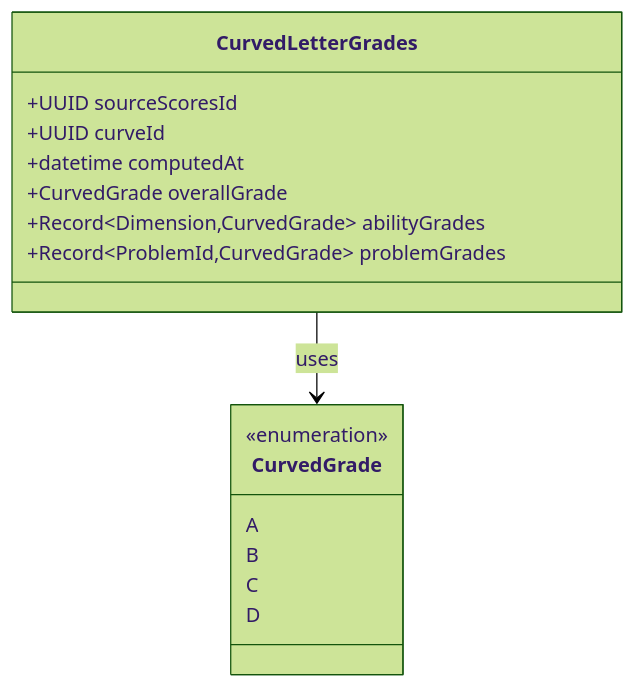
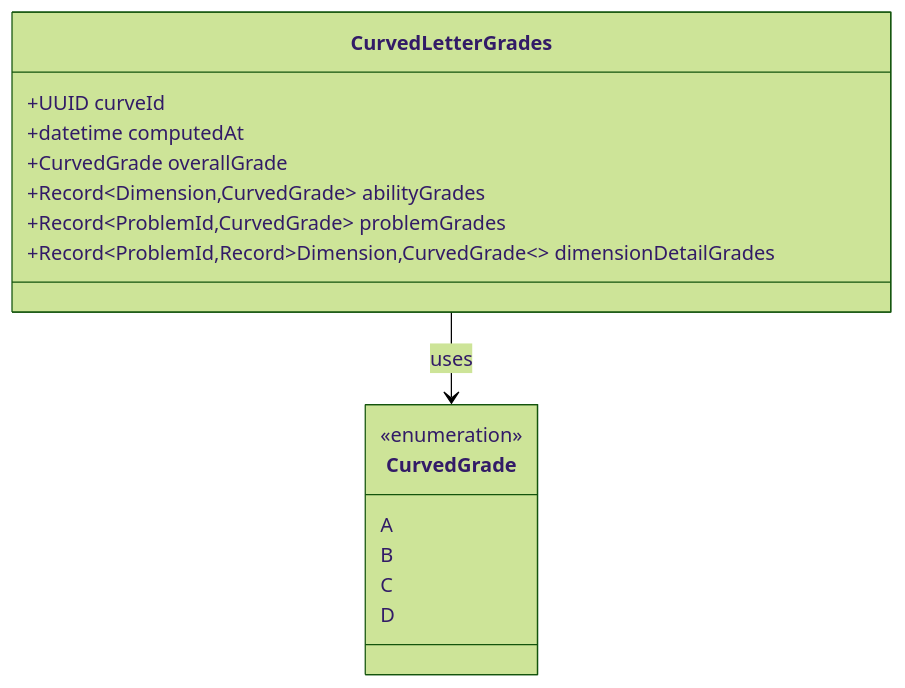
The eighth of 15 diagrams in score-post-llm-pipeline/schema-v1/pipeline-flow.md (paideia-ai/tech-doc-axiia), drawn with Mermaid (forest theme) before and after one commit. The commit also changed other lines of this file and 3 other files, not shown here.

Commit message:
schema-v1: align JSONScores and grade provenance

````diff
--- a/score-post-llm-pipeline/schema-v1/pipeline-flow.md
+++ b/score-post-llm-pipeline/schema-v1/pipeline-flow.md
@@ -298,21 +310,21 @@
 ```mermaid
 classDiagram
     class CurvedLetterGrades {
-        +UUID sourceScoresId
         +UUID curveId
         +datetime computedAt
         +CurvedGrade overallGrade
         +Record~Dimension,CurvedGrade~ abilityGrades
         +Record~ProblemId,CurvedGrade~ problemGrades
+        +Record~ProblemId,Record~Dimension,CurvedGrade~~ dimensionDetailGrades
     }
 
     class CurvedGrade {
         <<enumeration>>
         A
         B
         C
         D
     }
 
     CurvedLetterGrades --> CurvedGrade : uses
 ```
````
